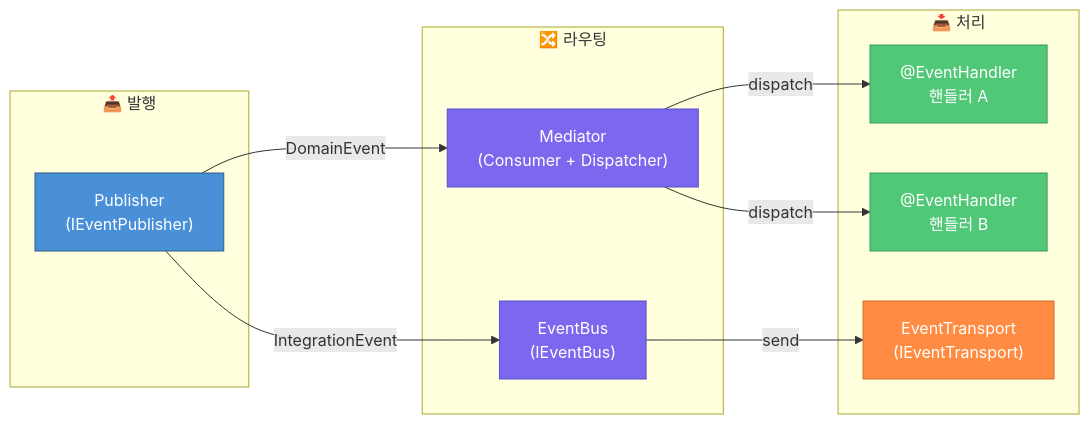
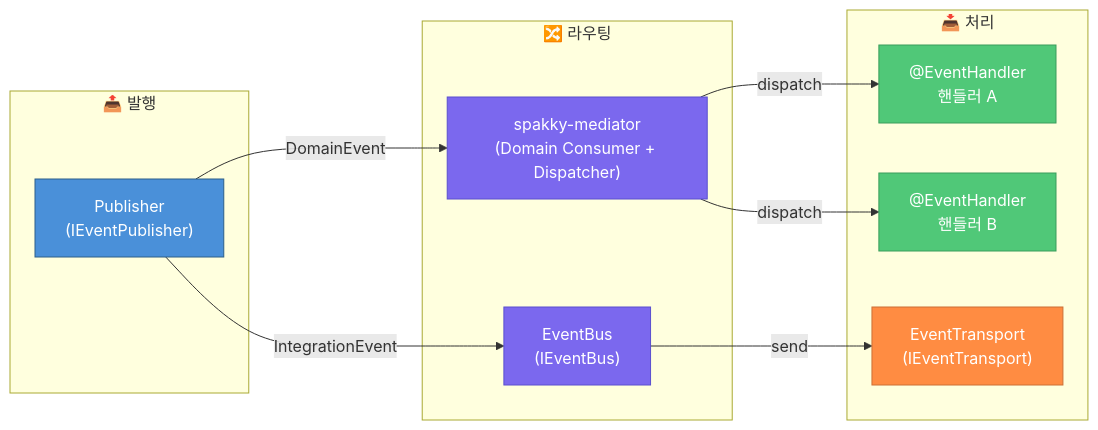
One commit to E5presso/spakky-framework changed the diagram in docs/event-system.md. Above: the diagram before and after it, drawn with Mermaid. The commit also changed other lines of this file and 16 other files, not shown here.

````diff
--- a/docs/event-system.md
+++ b/docs/event-system.md
@@ -121,30 +124,30 @@
 ```mermaid
 graph LR
     subgraph "📤 발행"
         P["Publisher<br/>(IEventPublisher)"]
     end
 
     subgraph "🔀 라우팅"
-        M["Mediator<br/>(Consumer + Dispatcher)"]
+        M["spakky-mediator<br/>(Domain Consumer + Dispatcher)"]
         B["EventBus<br/>(IEventBus)"]
     end
 
     subgraph "📥 처리"
         H1["@EventHandler<br/>핸들러 A"]
         H2["@EventHandler<br/>핸들러 B"]
         T["EventTransport<br/>(IEventTransport)"]
     end
 
     P -->|"DomainEvent"| M
     P -->|"IntegrationEvent"| B
     M -->|"dispatch"| H1
     M -->|"dispatch"| H2
     B -->|"send"| T
 
     style P fill:#4A90D9,stroke:#2C5F8A,color:#fff
     style M fill:#7B68EE,stroke:#5A4FCF,color:#fff
     style B fill:#7B68EE,stroke:#5A4FCF,color:#fff
     style H1 fill:#50C878,stroke:#3A9D5C,color:#fff
     style H2 fill:#50C878,stroke:#3A9D5C,color:#fff
     style T fill:#FF8C42,stroke:#CC6F35,color:#fff
 ```
````
